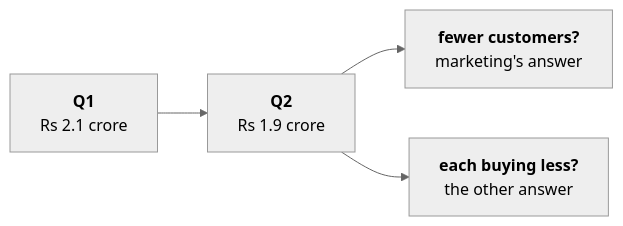
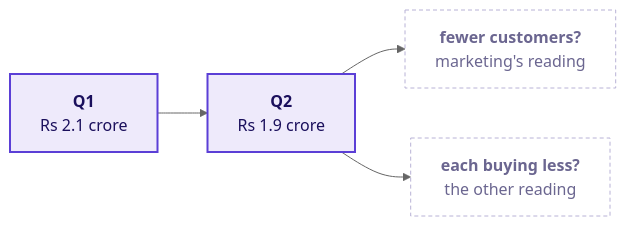
The diagram in content/W01/D1/preread/C2_W01_D01_preread_STUDENT.md (fde-academy-lab/c2-content-factory), drawn with Mermaid (neutral theme) before and after one commit. The commit also changed other lines of this file and 2 other files, not shown here.

````diff
--- a/content/W01/D1/preread/C2_W01_D01_preread_STUDENT.md
+++ b/content/W01/D1/preread/C2_W01_D01_preread_STUDENT.md
@@ -19,6 +15,10 @@
 ```mermaid
 flowchart LR
     Q1["<b>Q1</b><br/>Rs 2.1 crore"] --> Q2["<b>Q2</b><br/>Rs 1.9 crore"]
-    Q2 --> C["<b>fewer customers?</b><br/>marketing's answer"]
-    Q2 --> F["<b>each buying less?</b><br/>the other answer"]
+    Q2 --> C["<b>fewer customers?</b><br/>marketing's reading"]
+    Q2 --> F["<b>each buying less?</b><br/>the other reading"]
+    classDef known fill:#EEEAFB,stroke:#5B3FD6,color:#1A0F5C,stroke-width:2px
+    classDef unknown fill:#FFFFFF,stroke:#B8B2D6,color:#6B6690,stroke-dasharray:4 3
+    class Q1,Q2 known
+    class C,F unknown
 ```
````
